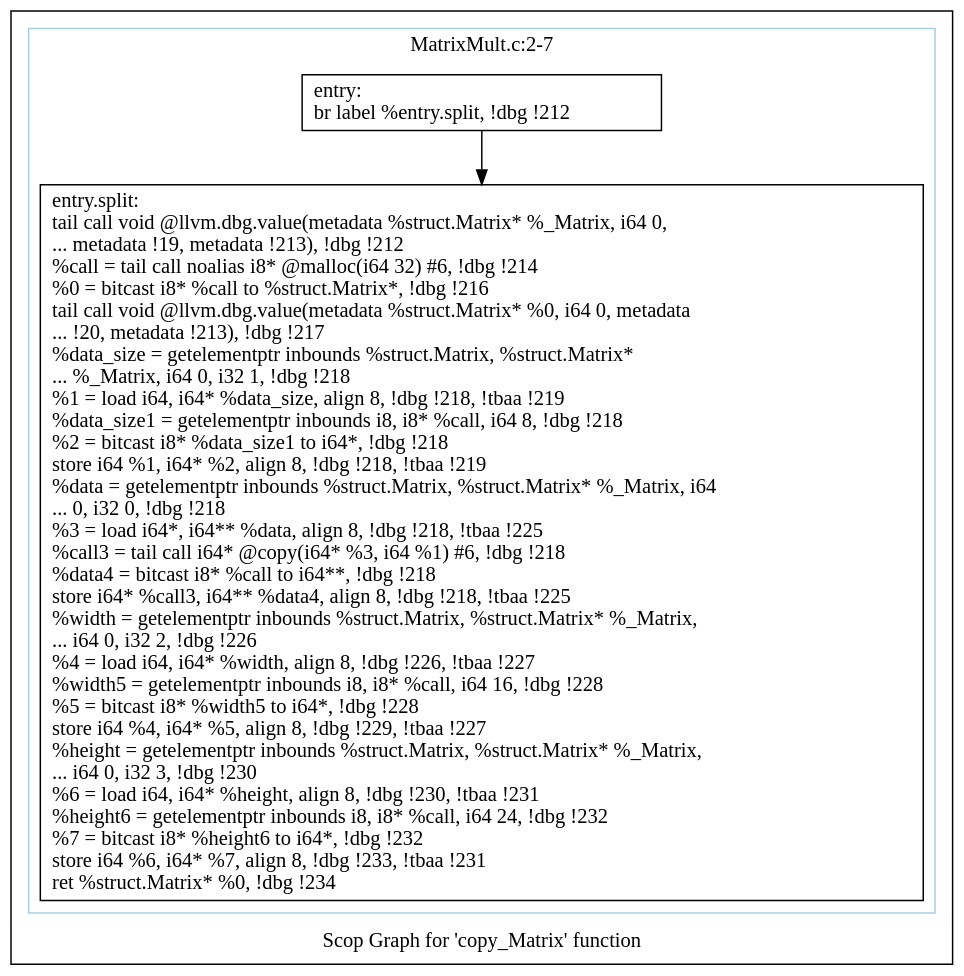
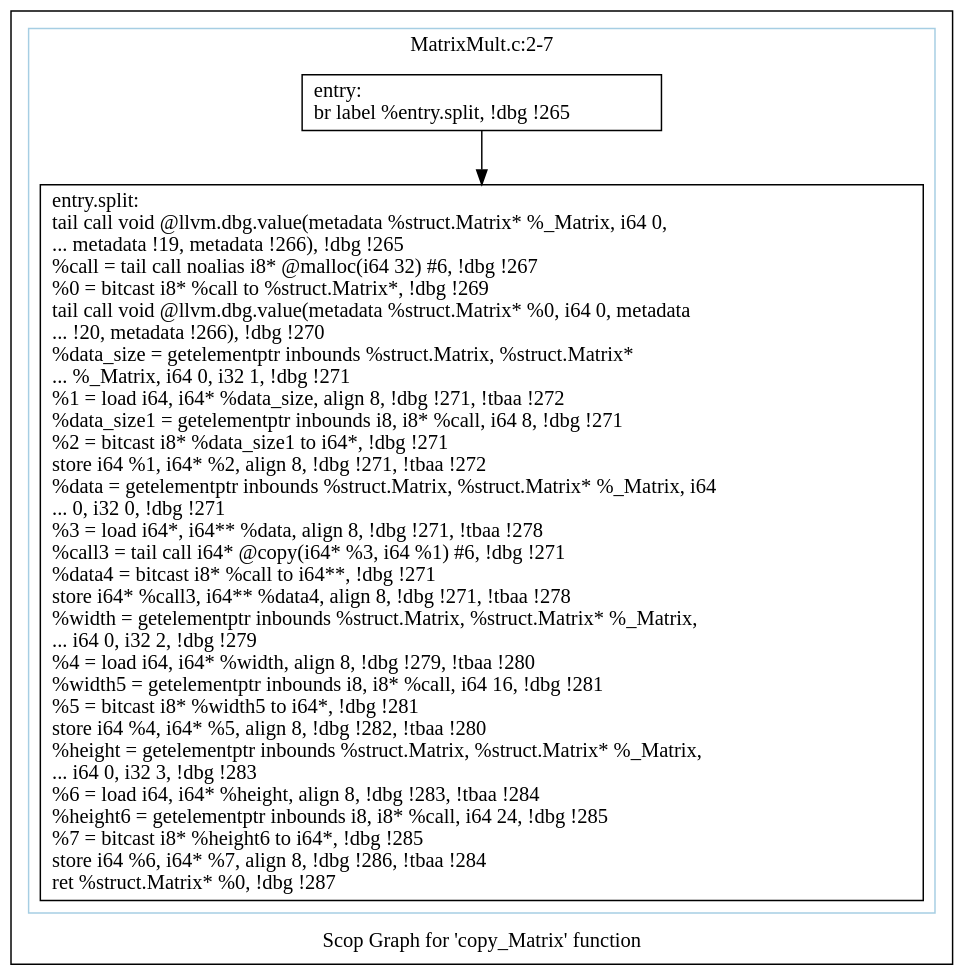
Before and after one commit to samminweng/WhileyOpenCL: the diagram in polly/MatrixMult/impl/autogenerate/dot/scops.copy_Matrix.dot, drawn with Graphviz. The commit also changed 49 other files, not shown here.

```diff
--- a/polly/MatrixMult/impl/autogenerate/dot/scops.copy_Matrix.dot
+++ b/polly/MatrixMult/impl/autogenerate/dot/scops.copy_Matrix.dot
@@ -1,16 +1,16 @@
 digraph "Scop Graph for 'copy_Matrix' function" {
 	label="Scop Graph for 'copy_Matrix' function";
 
-	Node0xa6e3600 [shape=record,label="{entry:\l  br label %entry.split, !dbg !212\l}"];
-	Node0xa6e3600 -> Node0xa714790;
-	Node0xa714790 [shape=record,label="{entry.split:                                      \l  tail call void @llvm.dbg.value(metadata %struct.Matrix* %_Matrix, i64 0,\l... metadata !19, metadata !213), !dbg !212\l  %call = tail call noalias i8* @malloc(i64 32) #6, !dbg !214\l  %0 = bitcast i8* %call to %struct.Matrix*, !dbg !216\l  tail call void @llvm.dbg.value(metadata %struct.Matrix* %0, i64 0, metadata\l... !20, metadata !213), !dbg !217\l  %data_size = getelementptr inbounds %struct.Matrix, %struct.Matrix*\l... %_Matrix, i64 0, i32 1, !dbg !218\l  %1 = load i64, i64* %data_size, align 8, !dbg !218, !tbaa !219\l  %data_size1 = getelementptr inbounds i8, i8* %call, i64 8, !dbg !218\l  %2 = bitcast i8* %data_size1 to i64*, !dbg !218\l  store i64 %1, i64* %2, align 8, !dbg !218, !tbaa !219\l  %data = getelementptr inbounds %struct.Matrix, %struct.Matrix* %_Matrix, i64\l... 0, i32 0, !dbg !218\l  %3 = load i64*, i64** %data, align 8, !dbg !218, !tbaa !225\l  %call3 = tail call i64* @copy(i64* %3, i64 %1) #6, !dbg !218\l  %data4 = bitcast i8* %call to i64**, !dbg !218\l  store i64* %call3, i64** %data4, align 8, !dbg !218, !tbaa !225\l  %width = getelementptr inbounds %struct.Matrix, %struct.Matrix* %_Matrix,\l... i64 0, i32 2, !dbg !226\l  %4 = load i64, i64* %width, align 8, !dbg !226, !tbaa !227\l  %width5 = getelementptr inbounds i8, i8* %call, i64 16, !dbg !228\l  %5 = bitcast i8* %width5 to i64*, !dbg !228\l  store i64 %4, i64* %5, align 8, !dbg !229, !tbaa !227\l  %height = getelementptr inbounds %struct.Matrix, %struct.Matrix* %_Matrix,\l... i64 0, i32 3, !dbg !230\l  %6 = load i64, i64* %height, align 8, !dbg !230, !tbaa !231\l  %height6 = getelementptr inbounds i8, i8* %call, i64 24, !dbg !232\l  %7 = bitcast i8* %height6 to i64*, !dbg !232\l  store i64 %6, i64* %7, align 8, !dbg !233, !tbaa !231\l  ret %struct.Matrix* %0, !dbg !234\l}"];
+	Node0x9665920 [shape=record,label="{entry:\l  br label %entry.split, !dbg !265\l}"];
+	Node0x9665920 -> Node0x965ab70;
+	Node0x965ab70 [shape=record,label="{entry.split:                                      \l  tail call void @llvm.dbg.value(metadata %struct.Matrix* %_Matrix, i64 0,\l... metadata !19, metadata !266), !dbg !265\l  %call = tail call noalias i8* @malloc(i64 32) #6, !dbg !267\l  %0 = bitcast i8* %call to %struct.Matrix*, !dbg !269\l  tail call void @llvm.dbg.value(metadata %struct.Matrix* %0, i64 0, metadata\l... !20, metadata !266), !dbg !270\l  %data_size = getelementptr inbounds %struct.Matrix, %struct.Matrix*\l... %_Matrix, i64 0, i32 1, !dbg !271\l  %1 = load i64, i64* %data_size, align 8, !dbg !271, !tbaa !272\l  %data_size1 = getelementptr inbounds i8, i8* %call, i64 8, !dbg !271\l  %2 = bitcast i8* %data_size1 to i64*, !dbg !271\l  store i64 %1, i64* %2, align 8, !dbg !271, !tbaa !272\l  %data = getelementptr inbounds %struct.Matrix, %struct.Matrix* %_Matrix, i64\l... 0, i32 0, !dbg !271\l  %3 = load i64*, i64** %data, align 8, !dbg !271, !tbaa !278\l  %call3 = tail call i64* @copy(i64* %3, i64 %1) #6, !dbg !271\l  %data4 = bitcast i8* %call to i64**, !dbg !271\l  store i64* %call3, i64** %data4, align 8, !dbg !271, !tbaa !278\l  %width = getelementptr inbounds %struct.Matrix, %struct.Matrix* %_Matrix,\l... i64 0, i32 2, !dbg !279\l  %4 = load i64, i64* %width, align 8, !dbg !279, !tbaa !280\l  %width5 = getelementptr inbounds i8, i8* %call, i64 16, !dbg !281\l  %5 = bitcast i8* %width5 to i64*, !dbg !281\l  store i64 %4, i64* %5, align 8, !dbg !282, !tbaa !280\l  %height = getelementptr inbounds %struct.Matrix, %struct.Matrix* %_Matrix,\l... i64 0, i32 3, !dbg !283\l  %6 = load i64, i64* %height, align 8, !dbg !283, !tbaa !284\l  %height6 = getelementptr inbounds i8, i8* %call, i64 24, !dbg !285\l  %7 = bitcast i8* %height6 to i64*, !dbg !285\l  store i64 %6, i64* %7, align 8, !dbg !286, !tbaa !284\l  ret %struct.Matrix* %0, !dbg !287\l}"];
 	colorscheme = "paired12"
-        subgraph cluster_0xa6e4470 {
+        subgraph cluster_0x96f34b0 {
           label = "MatrixMult.c:2-7
 ";
           style = solid;
           color = 1
-          Node0xa6e3600;
-          Node0xa714790;
+          Node0x9665920;
+          Node0x965ab70;
         }
 }
```
